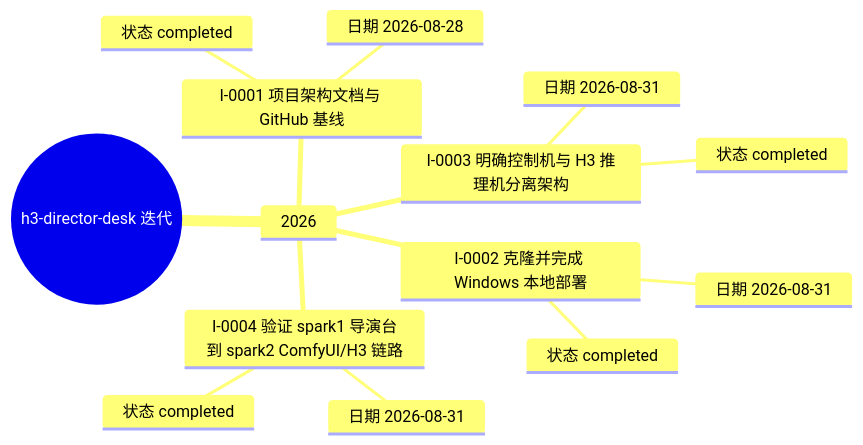
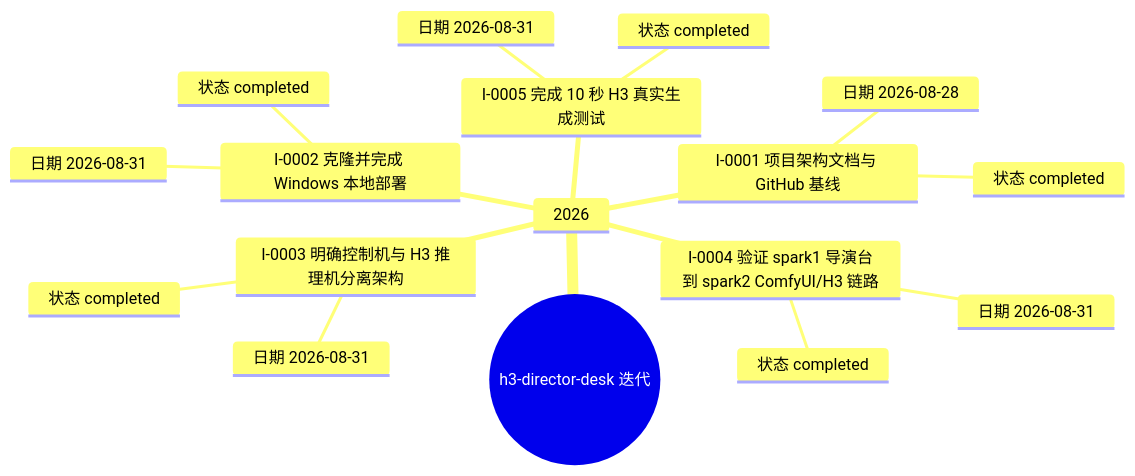
One commit to Exalex/h3-director-desk changed the diagram in docs/project-evolution/mindmaps/iterations.md. Above: the diagram before and after it, drawn with Mermaid. The commit also changed other lines of this file and 6 other files, not shown here.

````diff
--- a/docs/project-evolution/mindmaps/iterations.md
+++ b/docs/project-evolution/mindmaps/iterations.md
@@ -5,17 +5,20 @@
 ```mermaid
 mindmap
   root((h3-director-desk 迭代))
     2026
       I-0001 项目架构文档与 GitHub 基线
         状态 completed
         日期 2026-08-28
       I-0002 克隆并完成 Windows 本地部署
         状态 completed
         日期 2026-08-31
       I-0003 明确控制机与 H3 推理机分离架构
         状态 completed
         日期 2026-08-31
       I-0004 验证 spark1 导演台到 spark2 ComfyUI/H3 链路
         状态 completed
         日期 2026-08-31
+      I-0005 完成 10 秒 H3 真实生成测试
+        状态 completed
+        日期 2026-08-31
 ```
````
